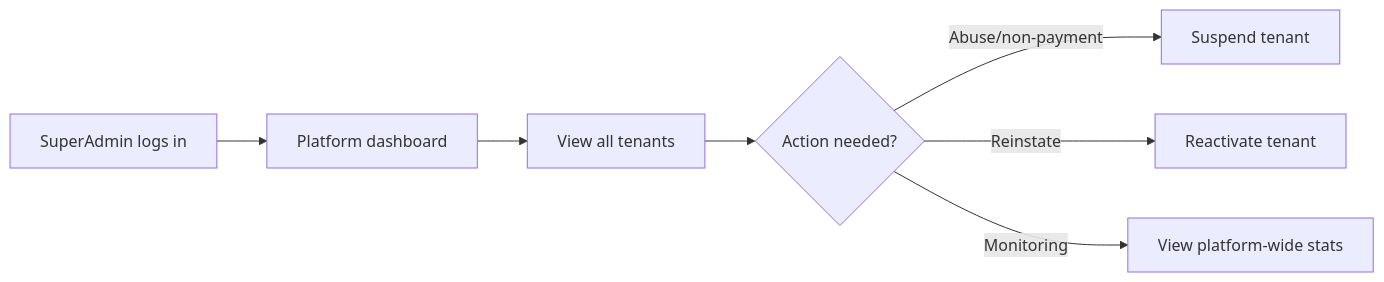
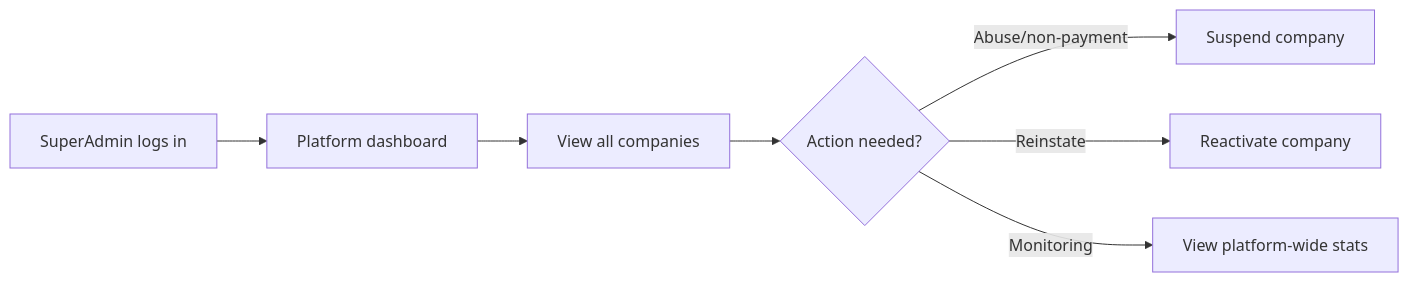
The first of 6 diagrams in docs/06_ROLE_INTERACTIONS.md (RedDotz20/talentpipe-crm), drawn with Mermaid before and after one commit. The commit also changed other lines of this file and 158 other files, not shown here.

````diff
--- a/docs/06_ROLE_INTERACTIONS.md
+++ b/docs/06_ROLE_INTERACTIONS.md
@@ -41,9 +41,9 @@
 ```mermaid
 flowchart LR
   A[SuperAdmin logs in] --> B[Platform dashboard]
-  B --> C[View all tenants]
+  B --> C[View all companies]
   C --> D{Action needed?}
-  D -->|Abuse/non-payment| E[Suspend tenant]
-  D -->|Reinstate| F[Reactivate tenant]
+  D -->|Abuse/non-payment| E[Suspend company]
+  D -->|Reinstate| F[Reactivate company]
   D -->|Monitoring| G[View platform-wide stats]
 ```
````
